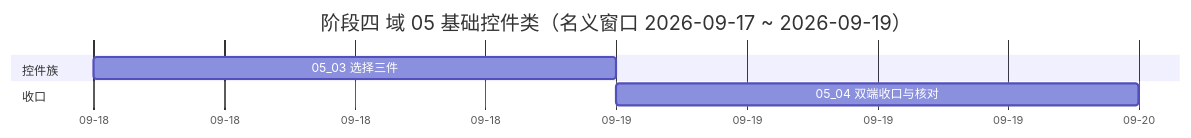
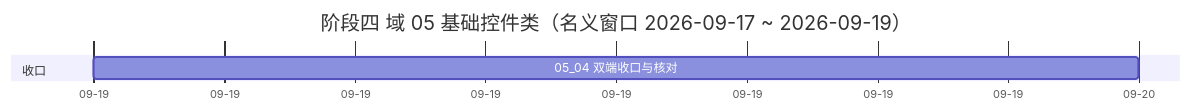
The diagram in bms文档/项目/04_前端组件库/计划/01_计划_前端组件库.md (minjian123/basic-management-system), drawn with Mermaid before and after one commit. The commit also changed other lines of this file and 12 other files, not shown here.

````diff
--- a/bms文档/项目/04_前端组件库/计划/01_计划_前端组件库.md
+++ b/bms文档/项目/04_前端组件库/计划/01_计划_前端组件库.md
@@ -109,10 +109,8 @@
 ```mermaid
 gantt
     title 阶段四 域 05 基础控件类（名义窗口 2026-09-17 ~ 2026-09-19）
     dateFormat YYYY-MM-DD
     axisFormat %m-%d
-    section 控件族
-    05_03 选择三件 :a3, 2026-09-18, 1d
     section 收口
-    05_04 双端收口与核对 :a4, after a3, 1d
+    05_04 双端收口与核对 :a4, 2026-09-19, 1d
 ```
````
